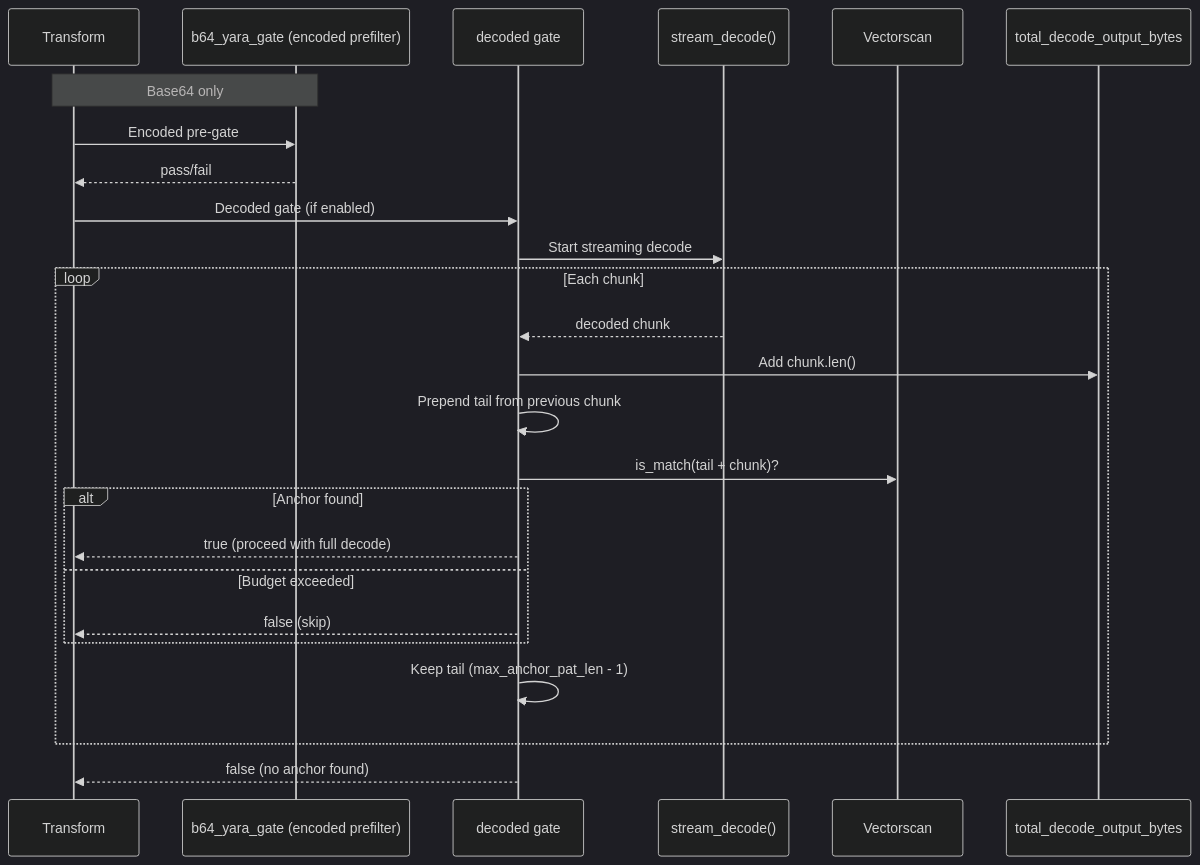
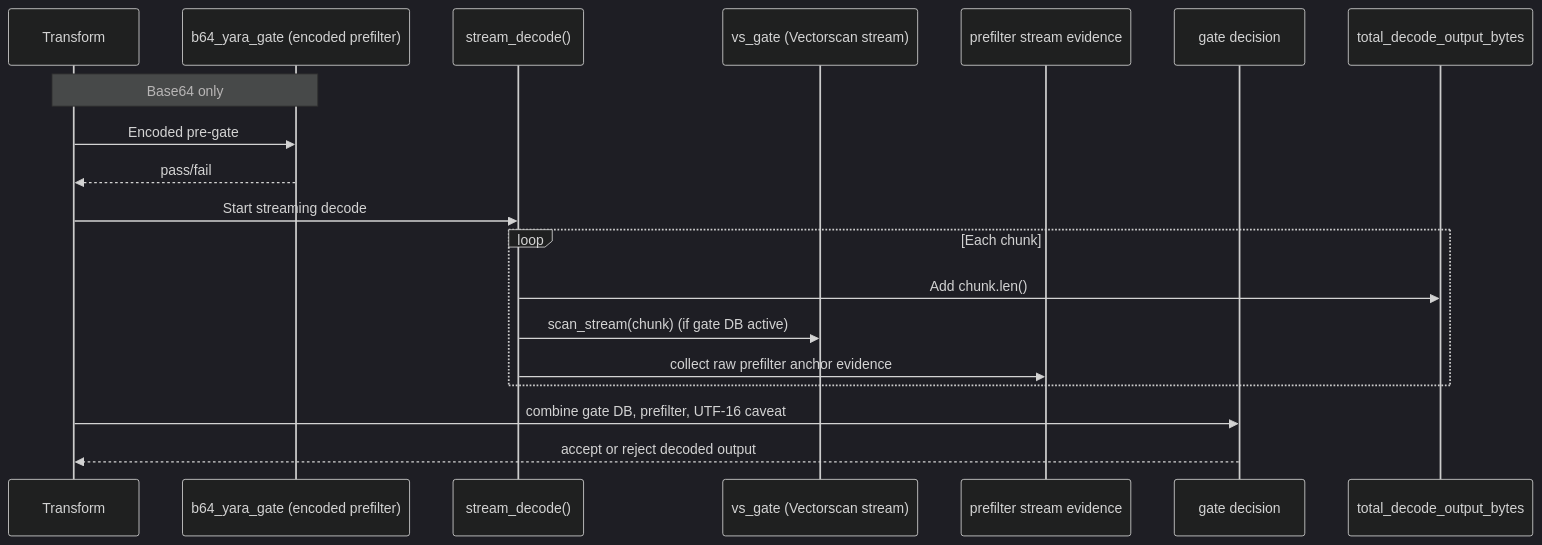
Before and after one commit to ahrav/scratch-scanner-rs: the fifth of 7 diagrams in docs/transform-chain.md, drawn with Mermaid (dark theme). The commit also changed other lines of this file and 6 other files, not shown here.

````diff
--- a/docs/transform-chain.md
+++ b/docs/transform-chain.md
@@ -217,30 +219,24 @@
 ```mermaid
 sequenceDiagram
     participant Transform as Transform
     participant Pre as b64_yara_gate (encoded prefilter)
-    participant Gate as decoded gate
     participant Stream as stream_decode()
-    participant VS as Vectorscan
+    participant VS as vs_gate (Vectorscan stream)
+    participant PF as prefilter stream evidence
+    participant Decide as gate decision
     participant Budget as total_decode_output_bytes
 
     Note over Transform,Pre: Base64 only
     Transform->>Pre: Encoded pre-gate
     Pre-->>Transform: pass/fail
-    Transform->>Gate: Decoded gate (if enabled)
-    Gate->>Stream: Start streaming decode
+    Transform->>Stream: Start streaming decode
 
     loop Each chunk
-        Stream-->>Gate: decoded chunk
-        Gate->>Budget: Add chunk.len()
-        Gate->>Gate: Prepend tail from previous chunk
-        Gate->>VS: is_match(tail + chunk)?
-        alt Anchor found
-            Gate-->>Transform: true (proceed with full decode)
-        else Budget exceeded
-            Gate-->>Transform: false (skip)
-        end
-        Gate->>Gate: Keep tail (max_anchor_pat_len - 1)
+        Stream->>Budget: Add chunk.len()
+        Stream->>VS: scan_stream(chunk) (if gate DB active)
+        Stream->>PF: collect raw prefilter anchor evidence
     end
 
-    Gate-->>Transform: false (no anchor found)
+    Transform->>Decide: combine gate DB, prefilter, UTF-16 caveat
+    Decide-->>Transform: accept or reject decoded output
 ```
````
